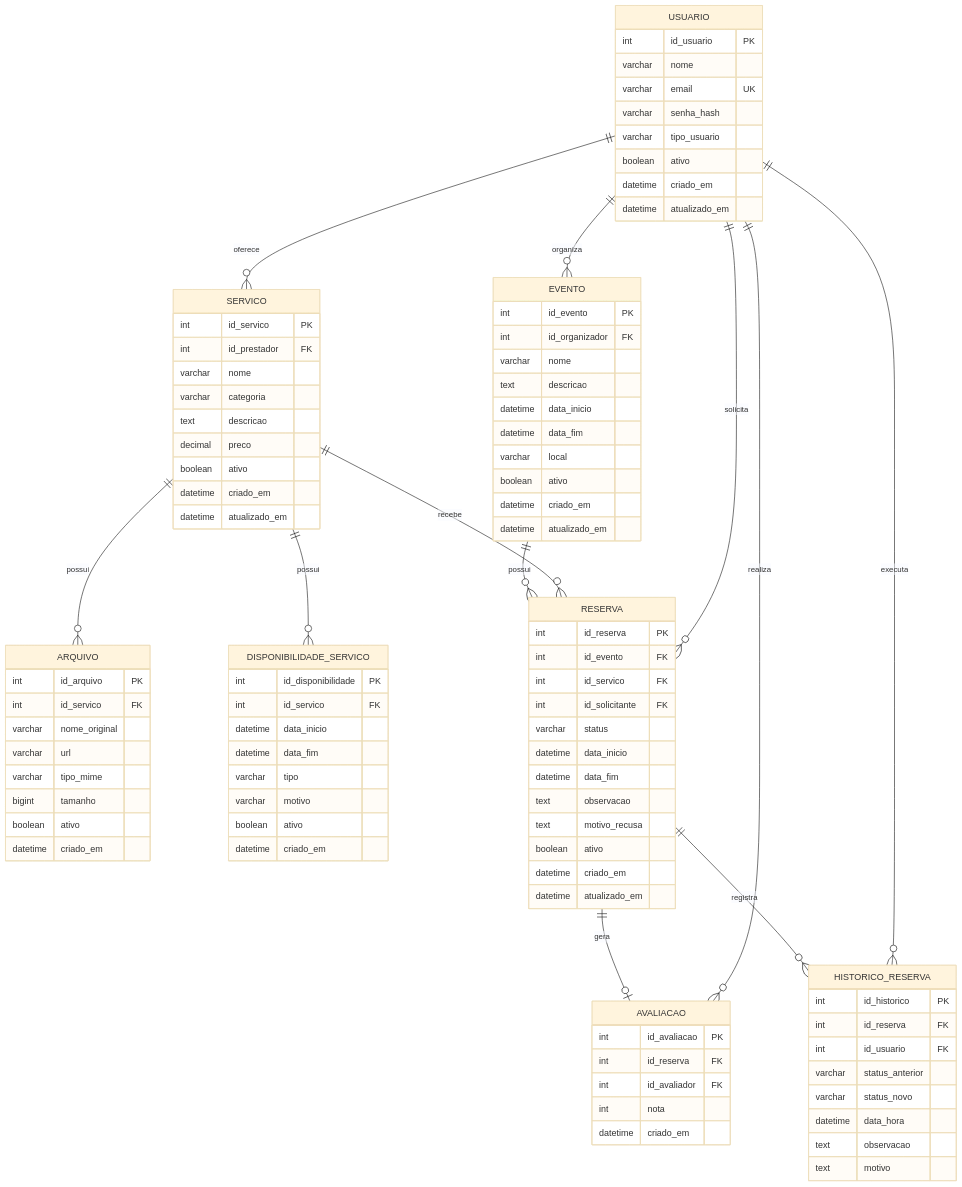
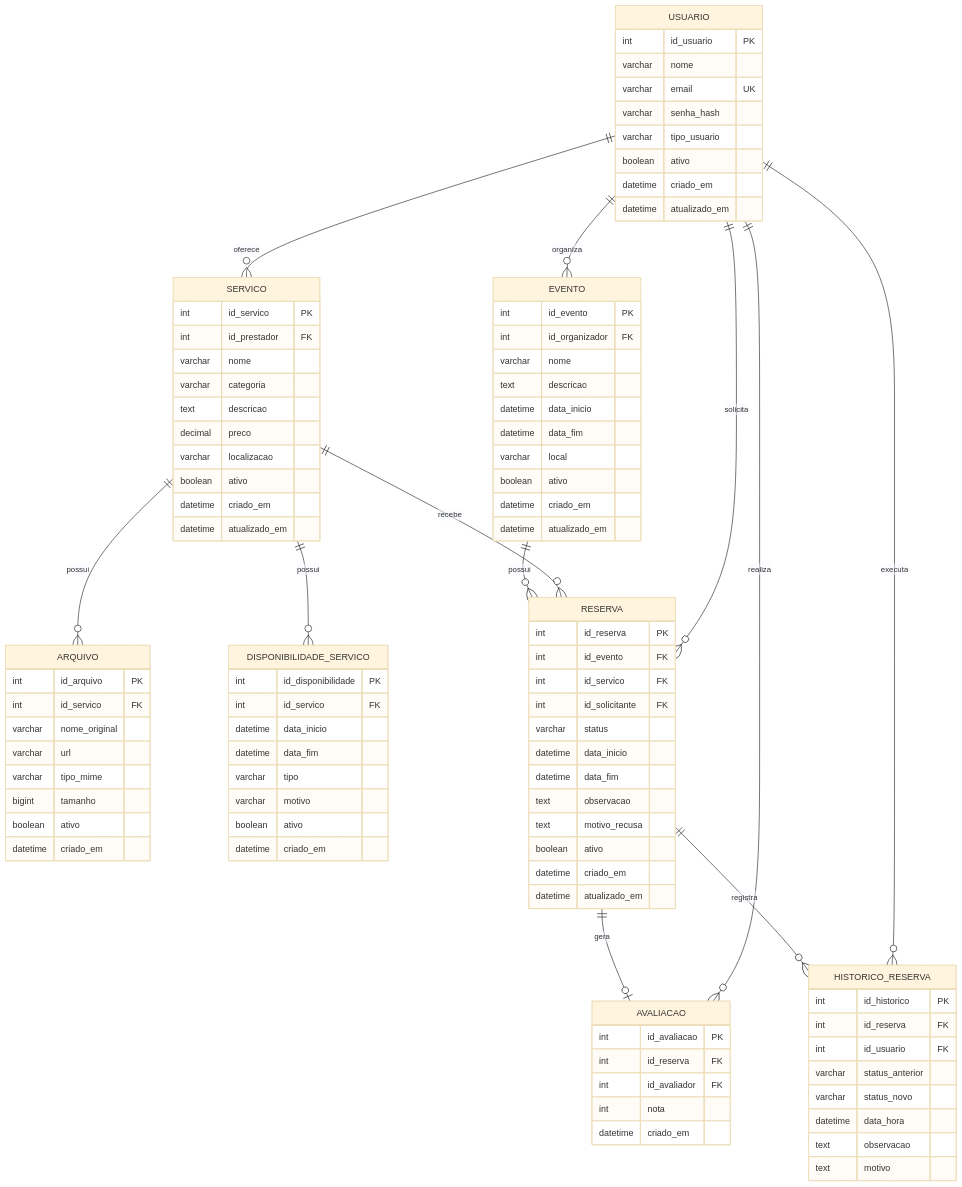
The diagram in docs/diagrams/dados.mmd (dudanegreiro/EventFy), drawn with Mermaid (base theme) before and after one commit. The commit also changed 13 other files, not shown here.

```diff
--- a/docs/diagrams/dados.mmd
+++ b/docs/diagrams/dados.mmd
@@ -1,104 +1,105 @@
 erDiagram
     USUARIO ||--o{ EVENTO : organiza
     USUARIO ||--o{ SERVICO : oferece
     SERVICO ||--o{ ARQUIVO : possui
     SERVICO ||--o{ DISPONIBILIDADE_SERVICO : possui
     EVENTO ||--o{ RESERVA : possui
     SERVICO ||--o{ RESERVA : recebe
     USUARIO ||--o{ RESERVA : solicita
     RESERVA ||--o| AVALIACAO : gera
     USUARIO ||--o{ AVALIACAO : realiza
     RESERVA ||--o{ HISTORICO_RESERVA : registra
     USUARIO ||--o{ HISTORICO_RESERVA : executa
 
     USUARIO {
         int id_usuario PK
         varchar nome
         varchar email UK
         varchar senha_hash
         varchar tipo_usuario
         boolean ativo
         datetime criado_em
         datetime atualizado_em
     }
 
     EVENTO {
         int id_evento PK
         int id_organizador FK
         varchar nome
         text descricao
         datetime data_inicio
         datetime data_fim
         varchar local
         boolean ativo
         datetime criado_em
         datetime atualizado_em
     }
 
     SERVICO {
         int id_servico PK
         int id_prestador FK
         varchar nome
         varchar categoria
         text descricao
         decimal preco
+        varchar localizacao
         boolean ativo
         datetime criado_em
         datetime atualizado_em
     }
 
     DISPONIBILIDADE_SERVICO {
         int id_disponibilidade PK
         int id_servico FK
         datetime data_inicio
         datetime data_fim
         varchar tipo
         varchar motivo
         boolean ativo
         datetime criado_em
     }
 
     ARQUIVO {
         int id_arquivo PK
         int id_servico FK
         varchar nome_original
         varchar url
         varchar tipo_mime
         bigint tamanho
         boolean ativo
         datetime criado_em
     }
 
     RESERVA {
         int id_reserva PK
         int id_evento FK
         int id_servico FK
         int id_solicitante FK
         varchar status
         datetime data_inicio
         datetime data_fim
         text observacao
         text motivo_recusa
         boolean ativo
         datetime criado_em
         datetime atualizado_em
     }
 
     HISTORICO_RESERVA {
         int id_historico PK
         int id_reserva FK
         int id_usuario FK
         varchar status_anterior
         varchar status_novo
         datetime data_hora
         text observacao
         text motivo
     }
 
     AVALIACAO {
         int id_avaliacao PK
         int id_reserva FK
         int id_avaliador FK
         int nota
         datetime criado_em
     }
```
